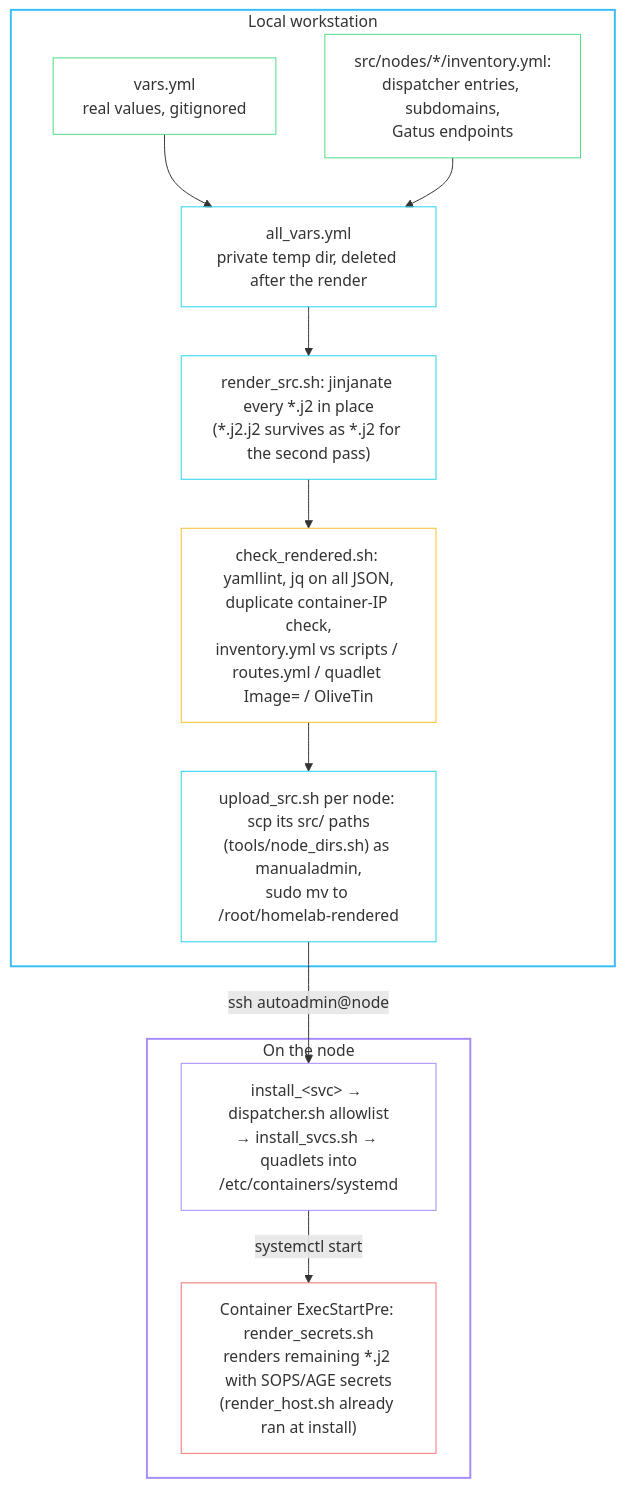
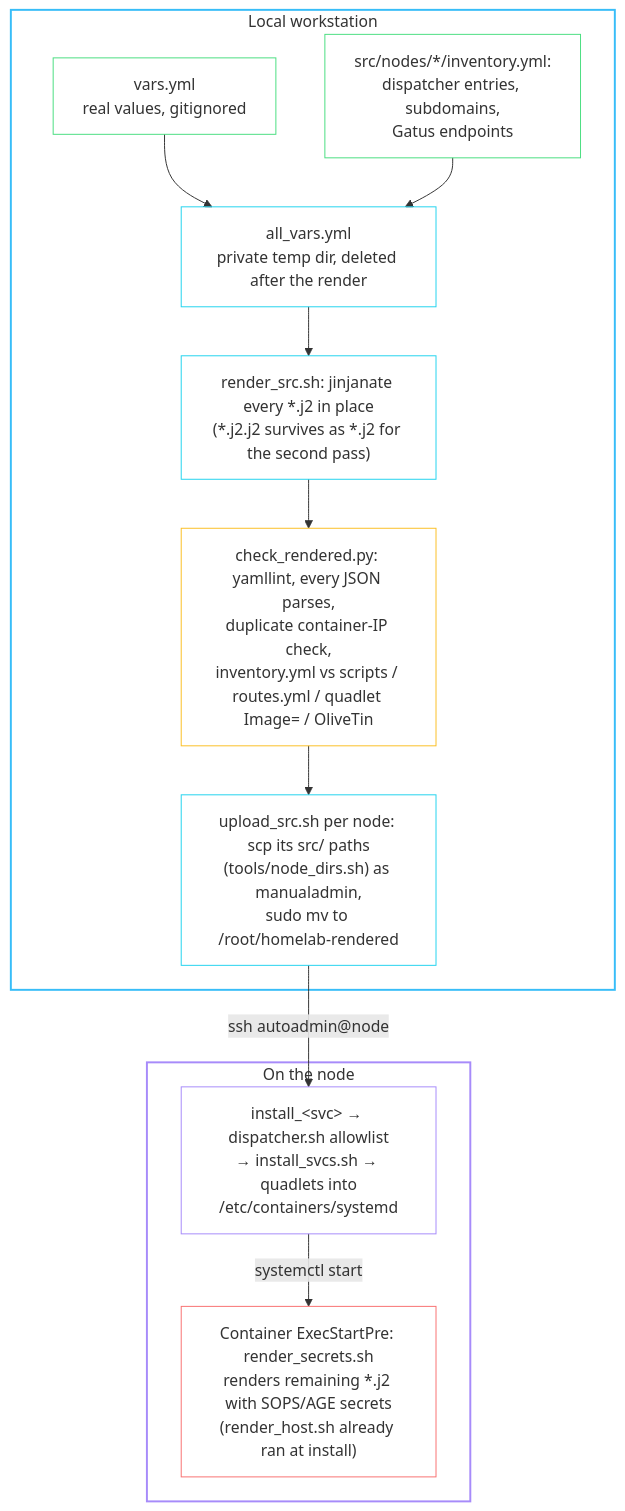
One commit to babraham123/homelab changed the diagram in docs/development.md. Above: the diagram before and after it, drawn with Mermaid. The commit also changed other lines of this file and 64 other files, not shown here.

First line of the commit message:
Python: check_rendered as a uv script; bookmark handoffs as one built container

````diff
--- a/docs/development.md
+++ b/docs/development.md
@@ -90,35 +90,35 @@
 ```mermaid
 flowchart TB
     subgraph local["Local workstation"]
         vars["vars.yml<br/>real values, gitignored"]
         inventory["src/nodes/*/inventory.yml:<br/>dispatcher entries, subdomains,<br/>Gatus endpoints"]
         allvars["all_vars.yml<br/>private temp dir, deleted after the render"]
         render["render_src.sh: jinjanate every *.j2 in place<br/>(*.j2.j2 survives as *.j2 for the second pass)"]
-        validate["check_rendered.sh: yamllint, jq on all JSON,<br/>duplicate container-IP check,<br/>inventory.yml vs scripts / routes.yml / quadlet Image= / OliveTin"]
+        validate["check_rendered.py: yamllint, every JSON parses,<br/>duplicate container-IP check,<br/>inventory.yml vs scripts / routes.yml / quadlet Image= / OliveTin"]
         upload["upload_src.sh per node: scp its src/ paths<br/>(tools/node_dirs.sh) as manualadmin,<br/>sudo mv to /root/homelab-rendered"]
     end
 
     subgraph node["On the node"]
         dispatch["install_&lt;svc&gt; → dispatcher.sh allowlist<br/>→ install_svcs.sh → quadlets into<br/>/etc/containers/systemd"]
         second["Container ExecStartPre: render_secrets.sh<br/>renders remaining *.j2 with SOPS/AGE secrets<br/>(render_host.sh already ran at install)"]
     end
 
     vars --> allvars
     inventory --> allvars
     allvars --> render --> validate --> upload
     upload -- "ssh autoadmin@node" --> dispatch
     dispatch -- "systemctl start" --> second
 
     style local stroke:#38bdf8,stroke-width:2px,fill:transparent
     style node stroke:#a78bfa,stroke-width:2px,fill:transparent
     classDef input stroke:#4ade80,fill:transparent
     classDef step stroke:#22d3ee,fill:transparent
     classDef onnode stroke:#a78bfa,fill:transparent
     classDef check stroke:#fbbf24,fill:transparent
     classDef secret stroke:#f87171,fill:transparent
     class vars,inventory input
     class allvars,render,upload step
     class dispatch onnode
     class validate check
     class second secret
 ```
````
